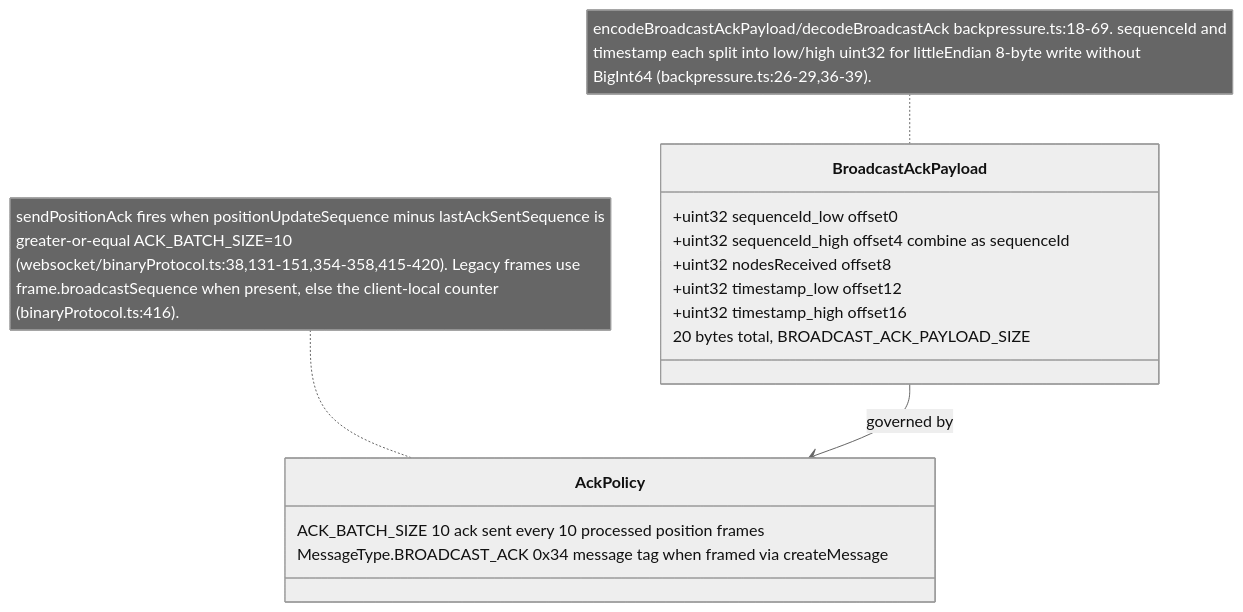
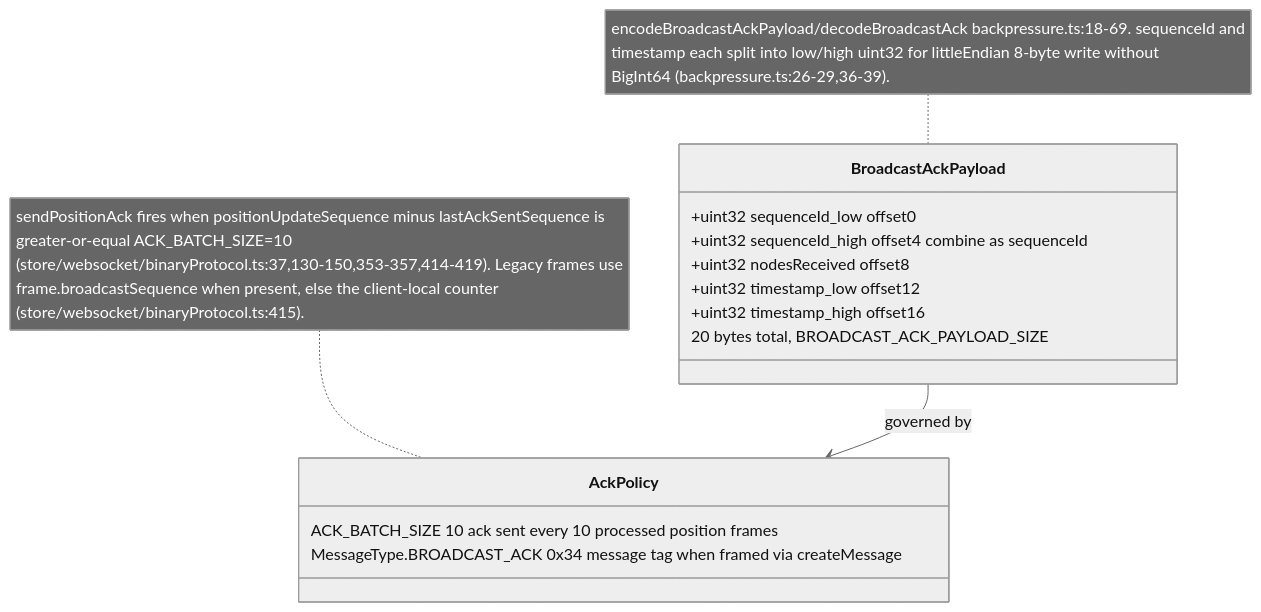
Before and after one commit to DreamLab-AI/VisionFlow: diagram 12 of 16 in docs/diagrams/visionclaw/32-client-websocket-and-binary.md, drawn with Mermaid (neutral theme). The commit also changed other lines of this file and 185 other files, not shown here.

Commit message:
docs(estate): reconcile diagrams and ADRs with source and define closeout sprint

````diff
--- a/docs/diagrams/visionclaw/32-client-websocket-and-binary.md
+++ b/docs/diagrams/visionclaw/32-client-websocket-and-binary.md
@@ -423,18 +426,18 @@
 ```mermaid
 classDiagram
     class BroadcastAckPayload {
       +uint32 sequenceId_low  offset0
       +uint32 sequenceId_high  offset4  combine as sequenceId
       +uint32 nodesReceived  offset8
       +uint32 timestamp_low  offset12
       +uint32 timestamp_high  offset16
       20 bytes total, BROADCAST_ACK_PAYLOAD_SIZE
     }
     class AckPolicy {
       ACK_BATCH_SIZE 10  ack sent every 10 processed position frames
       MessageType.BROADCAST_ACK 0x34  message tag when framed via createMessage
     }
     BroadcastAckPayload --> AckPolicy : governed by
     note for BroadcastAckPayload "encodeBroadcastAckPayload/decodeBroadcastAck backpressure.ts:18-69. sequenceId and<br/>timestamp each split into low/high uint32 for littleEndian 8-byte write without<br/>BigInt64 (backpressure.ts:26-29,36-39)."
-    note for AckPolicy "sendPositionAck fires when positionUpdateSequence minus lastAckSentSequence is<br/>greater-or-equal ACK_BATCH_SIZE=10<br/>(websocket/binaryProtocol.ts:38,131-151,354-358,415-420). Legacy frames use<br/>frame.broadcastSequence when present, else the client-local counter<br/>(binaryProtocol.ts:416)."
+    note for AckPolicy "sendPositionAck fires when positionUpdateSequence minus lastAckSentSequence is<br/>greater-or-equal ACK_BATCH_SIZE=10<br/>(store/websocket/binaryProtocol.ts:37,130-150,353-357,414-419). Legacy frames use<br/>frame.broadcastSequence when present, else the client-local counter<br/>(store/websocket/binaryProtocol.ts:415)."
 ```
````
